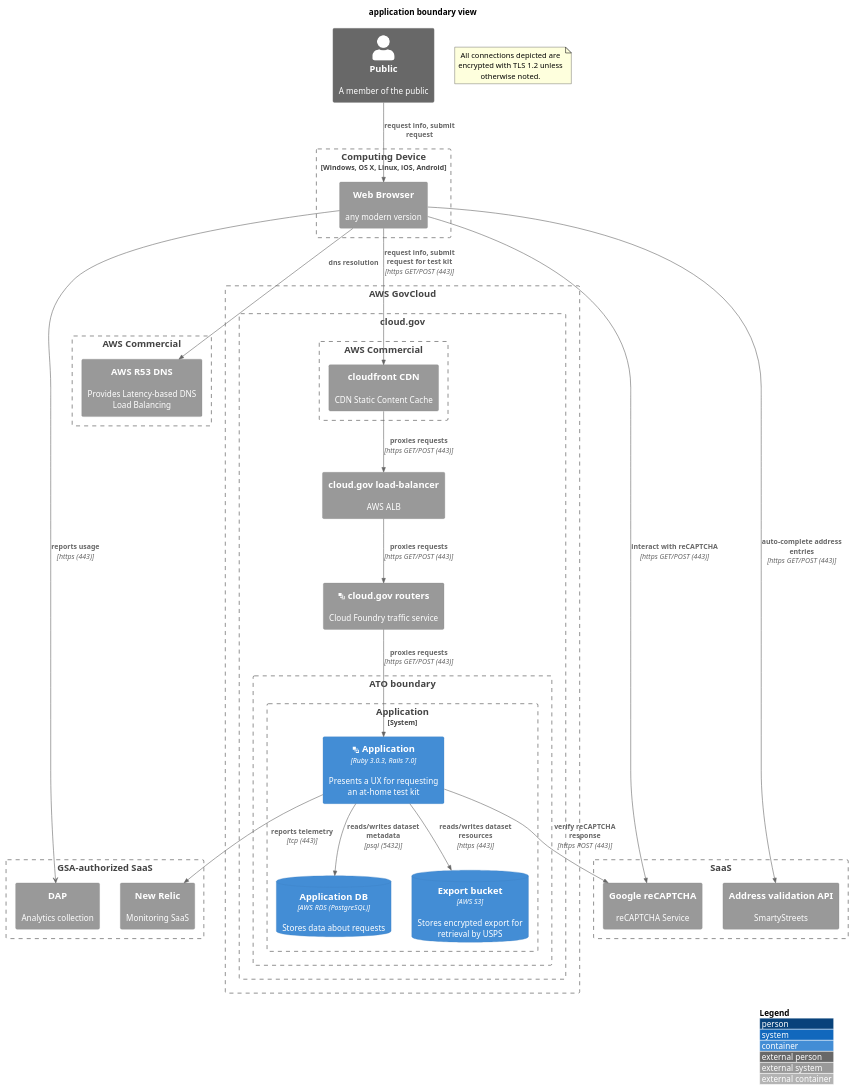
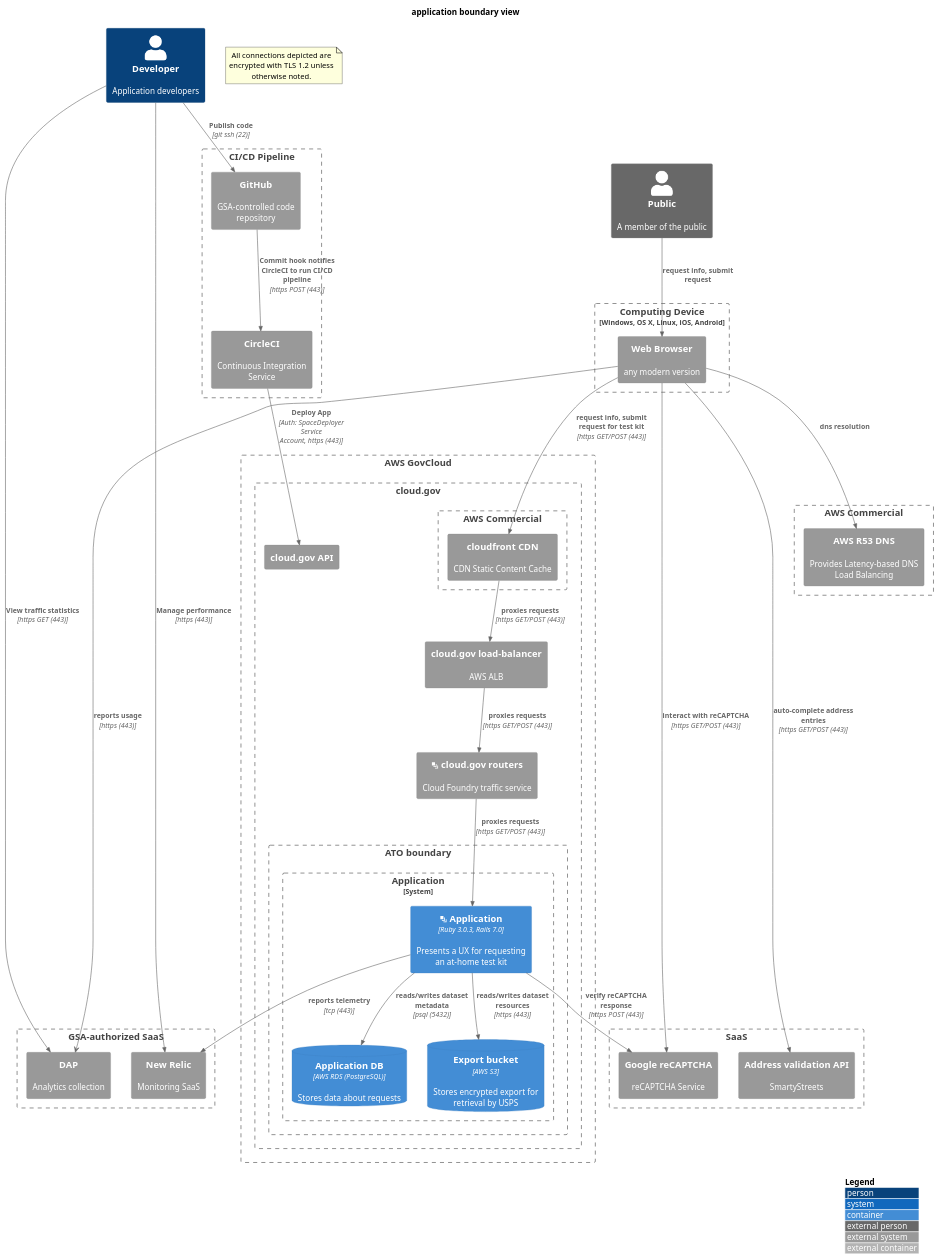
One commit to usagov/test-at-home changed the diagram in doc/compliance/apps/application.boundary.md. Above: the diagram before and after it, drawn with PlantUML. The commit also changed 1 other file, not shown here.

Commit message:
Add ci/cd pipeline to boundary diagram

````diff
--- a/doc/compliance/apps/application.boundary.md
+++ b/doc/compliance/apps/application.boundary.md
@@ -5,65 +5,76 @@
 ```plantuml
 @startuml
 !include https://raw.githubusercontent.com/plantuml-stdlib/C4-PlantUML/master/C4_Container.puml
 ' uncomment the following line and comment the first to use locally
 ' !include C4_Container.puml
 LAYOUT_WITH_LEGEND()
 title application boundary view
 
 Person_Ext(public, "Public", "A member of the public")
 
 Boundary(device, "Computing Device", "Windows, OS X, Linux, iOS, Android"){
     System_Ext(browser, "Web Browser", "any modern version")
 }
 Rel(public, browser, "request info, submit request", "")
 Boundary(aws_com, "AWS Commercial") {
     System_Ext(r53, "AWS R53 DNS", "Provides Latency-based DNS Load Balancing")
 }
 Rel(browser, r53, "dns resolution")
 
-
 note as EncryptionNote
 All connections depicted are encrypted with TLS 1.2 unless otherwise noted.
 end note
 Boundary(aws, "AWS GovCloud") {
     Boundary(cloudgov, "cloud.gov") {
+        System_Ext(cg_api, "cloud.gov API")
         Boundary(cg_aws_com, "AWS Commercial") {
             System_Ext(aws_cf, "cloudfront CDN", "CDN Static Content Cache")
         }
         System_Ext(aws_alb, "cloud.gov load-balancer", "AWS ALB")
         System_Ext(cloudgov_router, "<&layers> cloud.gov routers", "Cloud Foundry traffic service")
         Boundary(atob, "ATO boundary") {
             System_Boundary(inventory, "Application") {
                 Container(app, "<&layers> Application", "Ruby 3.0.3, Rails 7.0", "Presents a UX for requesting an at-home test kit")
                 ContainerDb(app_db, "Application DB", "AWS RDS (PostgreSQL)", "Stores data about requests")
                 ContainerDb(app_s3, "Export bucket", "AWS S3", "Stores encrypted export for retrieval by USPS")
             }
         }
     }
 }
 
 
 Boundary(gsa_saas, "GSA-authorized SaaS") {
     System_Ext(dap, "DAP", "Analytics collection")
     System_Ext(newrelic, "New Relic", "Monitoring SaaS")
 }
 browser -> dap : **reports usage** \n//[https (443)]//
 Rel(app, newrelic, "reports telemetry", "tcp (443)")
 Rel(browser, aws_cf, "request info, submit request for test kit", "https GET/POST (443)")
 Rel(aws_cf, aws_alb, "proxies requests", "https GET/POST (443)")
 Rel(aws_alb, cloudgov_router, "proxies requests", "https GET/POST (443)")
 Rel(cloudgov_router, app, "proxies requests", "https GET/POST (443)")
 Rel(app, app_db, "reads/writes dataset metadata", "psql (5432)")
 Rel(app, app_s3, "reads/writes dataset resources", "https (443)")
 
 Boundary(other_saas, "SaaS") {
     System_Ext(recaptcha, "Google reCAPTCHA", "reCAPTCHA Service")
     System_Ext(address_api, "Address validation API", "SmartyStreets")
 }
 Rel(browser, address_api, "auto-complete address entries", "https GET/POST (443)")
 Rel(browser, recaptcha, "interact with reCAPTCHA", "https GET/POST (443)")
 Rel(app, recaptcha, "verify reCAPTCHA response", "https POST (443)")
 
+Person(developer, "Developer", "Application developers")
+Boundary(cicd, "CI/CD Pipeline") {
+    System_Ext(github, "GitHub", "GSA-controlled code repository")
+    System_Ext(circleci, "CircleCI", "Continuous Integration Service")
+}
+Rel(developer, github, "Publish code", "git ssh (22)")
+Rel(github, circleci, "Commit hook notifies CircleCI to run CI/CD pipeline", "https POST (443)")
+Rel(circleci, cg_api, "Deploy App", "Auth: SpaceDeployer Service Account, https (443)")
+Rel(developer, dap, "View traffic statistics", "https GET (443)")
+Rel(developer, newrelic, "Manage performance", "https (443)")
+
 
 @enduml
 ```
````
